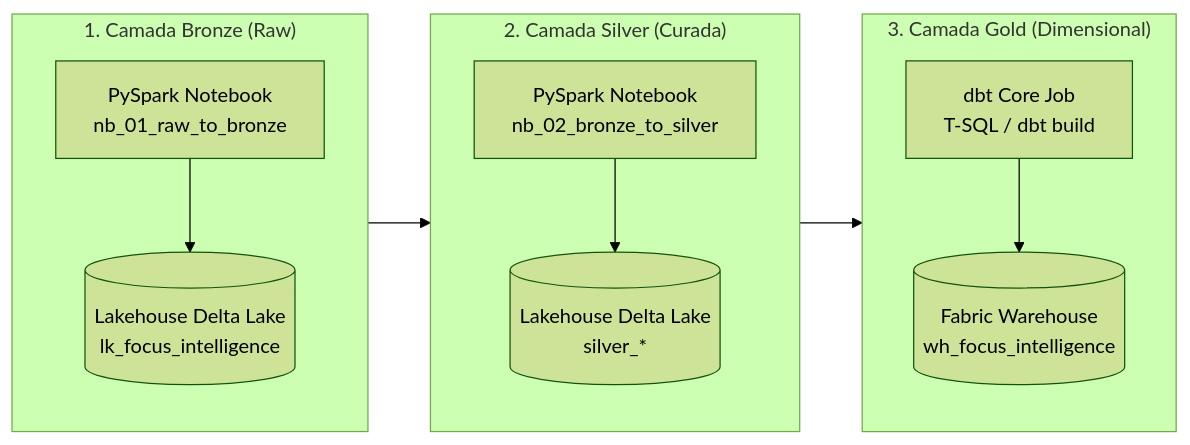
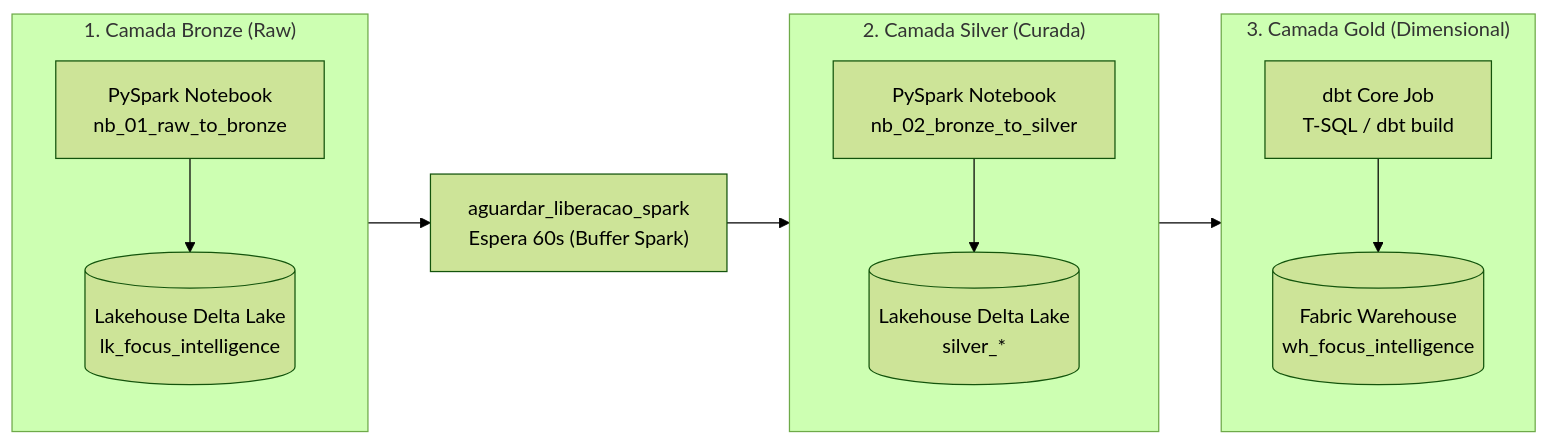
Before and after one commit to leoserpa/fabric-focus-market-intelligence: the diagram in docs/pt-br/explicacao/arquitetura-fabric.md, drawn with Mermaid (forest theme). The commit also changed 5 other files, not shown here.

Commit message:
docs: update mermaid architecture diagrams with spark stabilization wait activity

````diff
--- a/docs/pt-br/explicacao/arquitetura-fabric.md
+++ b/docs/pt-br/explicacao/arquitetura-fabric.md
@@ -23,26 +23,27 @@
 ```mermaid
 flowchart LR
     subgraph Bronze ["1. Camada Bronze (Raw)"]
         direction TB
         B1["PySpark Notebook<br/>nb_01_raw_to_bronze"]
         B2[("Lakehouse Delta Lake<br/>lk_focus_intelligence")]
         B1 --> B2
     end
 
     subgraph Silver ["2. Camada Silver (Curada)"]
         direction TB
         S1["PySpark Notebook<br/>nb_02_bronze_to_silver"]
         S2[("Lakehouse Delta Lake<br/>silver_*")]
         S1 --> S2
     end
 
     subgraph Gold ["3. Camada Gold (Dimensional)"]
         direction TB
         G1["dbt Core Job<br/>T-SQL / dbt build"]
         G2[("Fabric Warehouse<br/>wh_focus_intelligence")]
         G1 --> G2
     end
 
-    B2 --> S1
+    B2 --> W["aguardar_liberacao_spark<br/>Espera 60s (Buffer Spark)"]
+    W --> S1
     S2 --> G1
 ```
````
